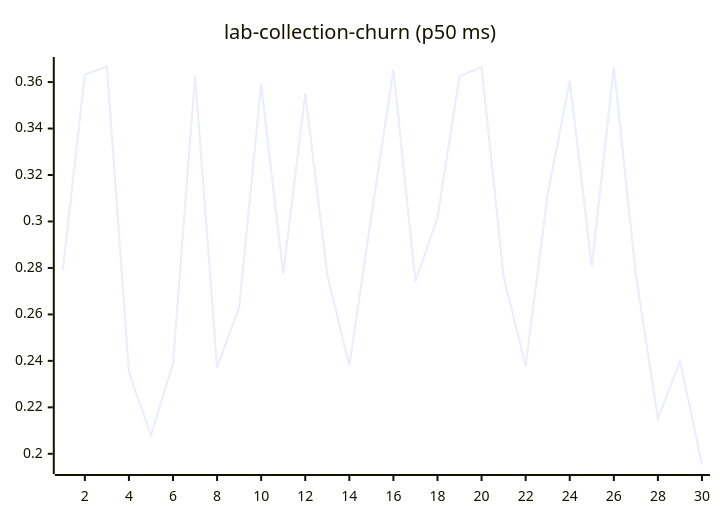
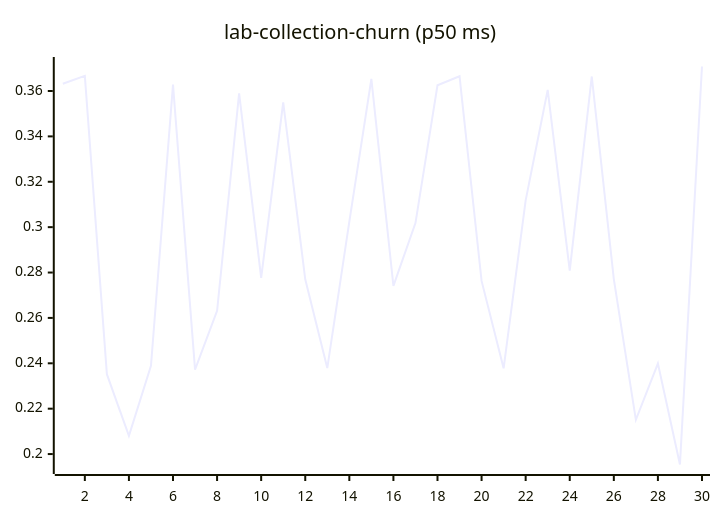
One commit to josha/Facet changed diagram 11 of 27 in README.md. Above: the diagram before and after it, drawn with Mermaid. The commit also changed other lines of this file and 2 other files, not shown here.

````diff
--- a/README.md
+++ b/README.md
@@ -133,6 +133,6 @@
 ```mermaid
 xychart-beta
     title "lab-collection-churn (p50 ms)"
     x-axis 1 --> 30
-    line [0.2791, 0.3632, 0.3667, 0.2352, 0.2080, 0.2389, 0.3628, 0.2372, 0.2631, 0.3590, 0.2776, 0.3550, 0.2770, 0.2379, 0.3024, 0.3653, 0.2741, 0.3018, 0.3625, 0.3665, 0.2763, 0.2378, 0.3118, 0.3605, 0.2808, 0.3664, 0.2771, 0.2151, 0.2399, 0.1954]
+    line [0.3632, 0.3667, 0.2352, 0.2080, 0.2389, 0.3628, 0.2372, 0.2631, 0.3590, 0.2776, 0.3550, 0.2770, 0.2379, 0.3024, 0.3653, 0.2741, 0.3018, 0.3625, 0.3665, 0.2763, 0.2378, 0.3118, 0.3605, 0.2808, 0.3664, 0.2771, 0.2151, 0.2399, 0.1954, 0.3708]
 ```
````
